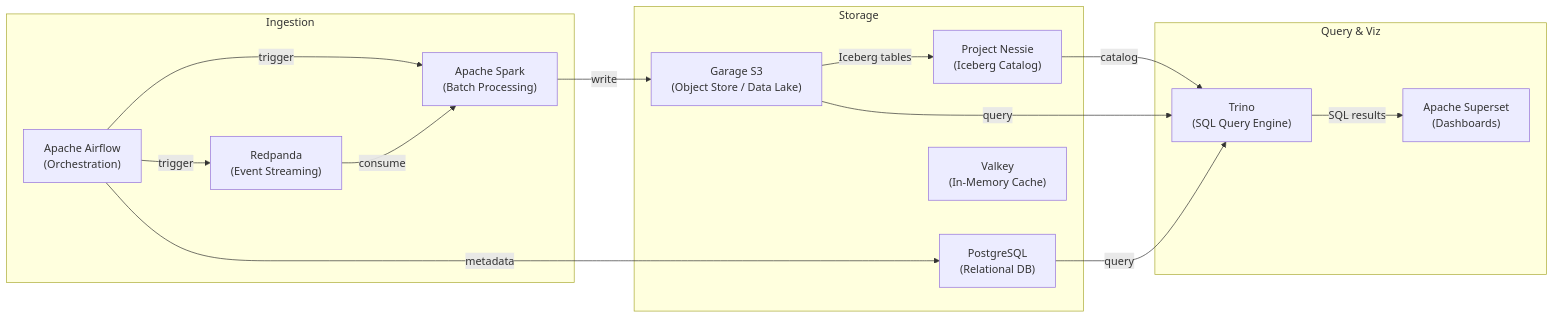
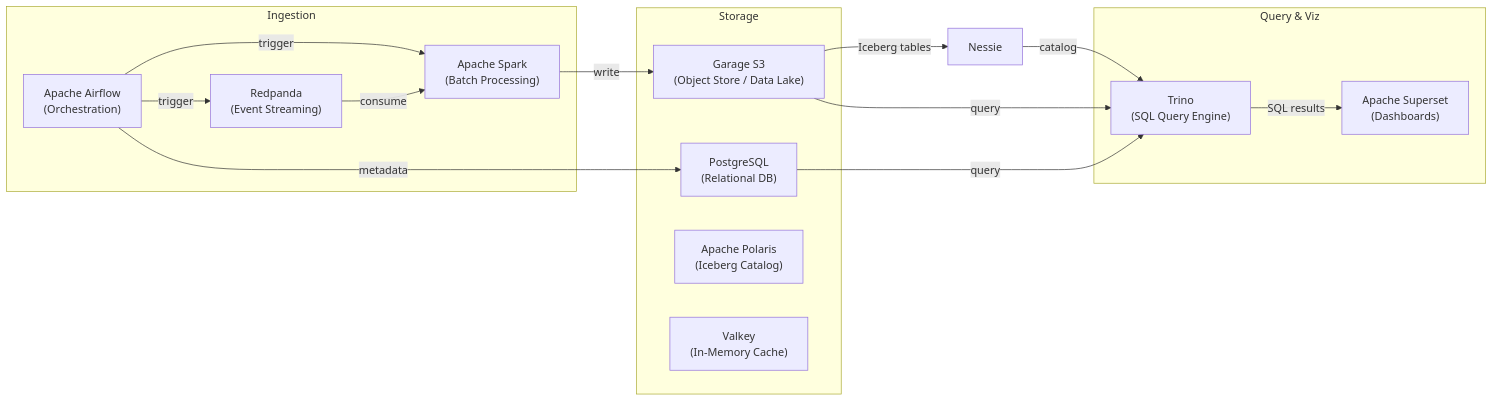
Before and after one commit to datahub-local/datahub-local: the diagram in docs/services/data.md, drawn with Mermaid. The commit also changed other lines of this file and 11 other files, not shown here.

````diff
--- a/docs/services/data.md
+++ b/docs/services/data.md
@@ -9,31 +9,31 @@
 ```mermaid
 flowchart LR
     subgraph Ingestion
         Airflow["Apache Airflow\n(Orchestration)"]
         Spark["Apache Spark\n(Batch Processing)"]
         Redpanda["Redpanda\n(Event Streaming)"]
     end
 
     subgraph Storage
         Garage["Garage S3\n(Object Store / Data Lake)"]
         PG["PostgreSQL\n(Relational DB)"]
-        Nessie["Project Nessie\n(Iceberg Catalog)"]
+        Polaris["Apache Polaris\n(Iceberg Catalog)"]
         Valkey["Valkey\n(In-Memory Cache)"]
     end
 
     subgraph Query & Viz
         Trino["Trino\n(SQL Query Engine)"]
         Superset["Apache Superset\n(Dashboards)"]
     end
 
     Airflow -->|"trigger"| Spark
     Airflow -->|"trigger"| Redpanda
     Spark -->|"write"| Garage
     Redpanda -->|"consume"| Spark
     Garage -->|"Iceberg tables"| Nessie
     Nessie -->|"catalog"| Trino
     Garage -->|"query"| Trino
     PG -->|"query"| Trino
     Trino -->|"SQL results"| Superset
     Airflow -->|"metadata"| PG
 ```
````
